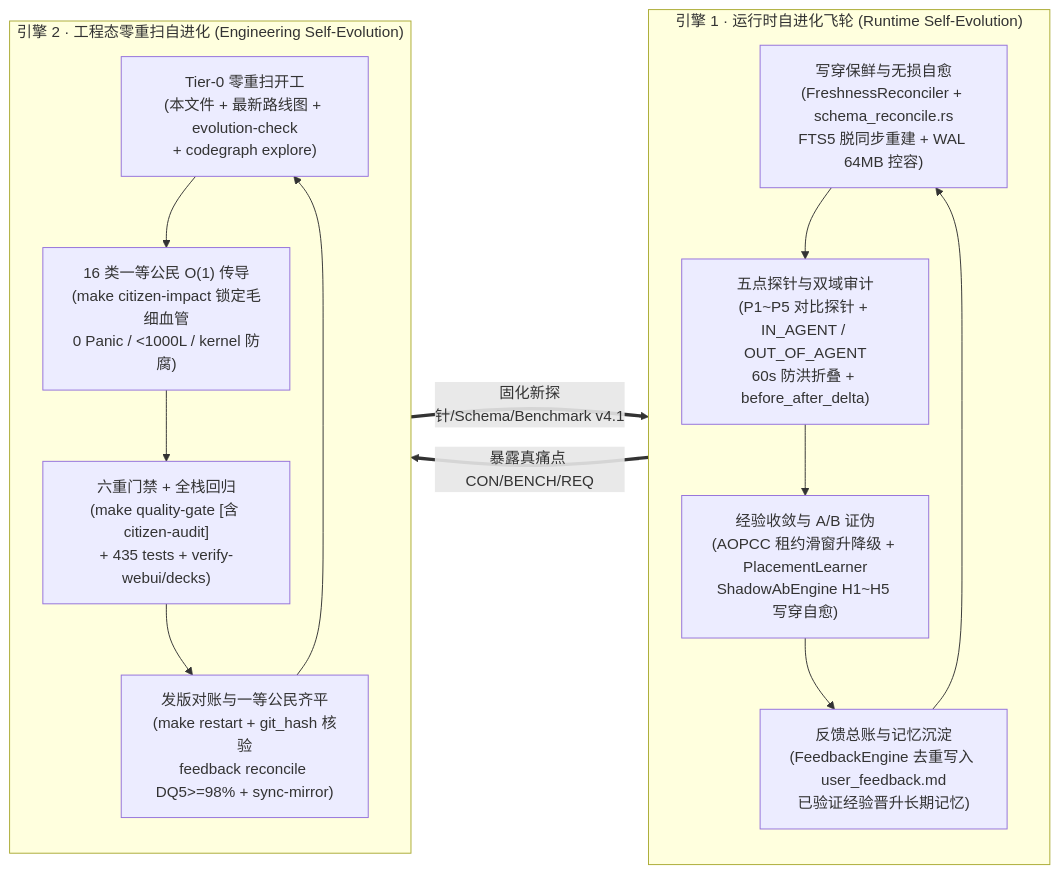
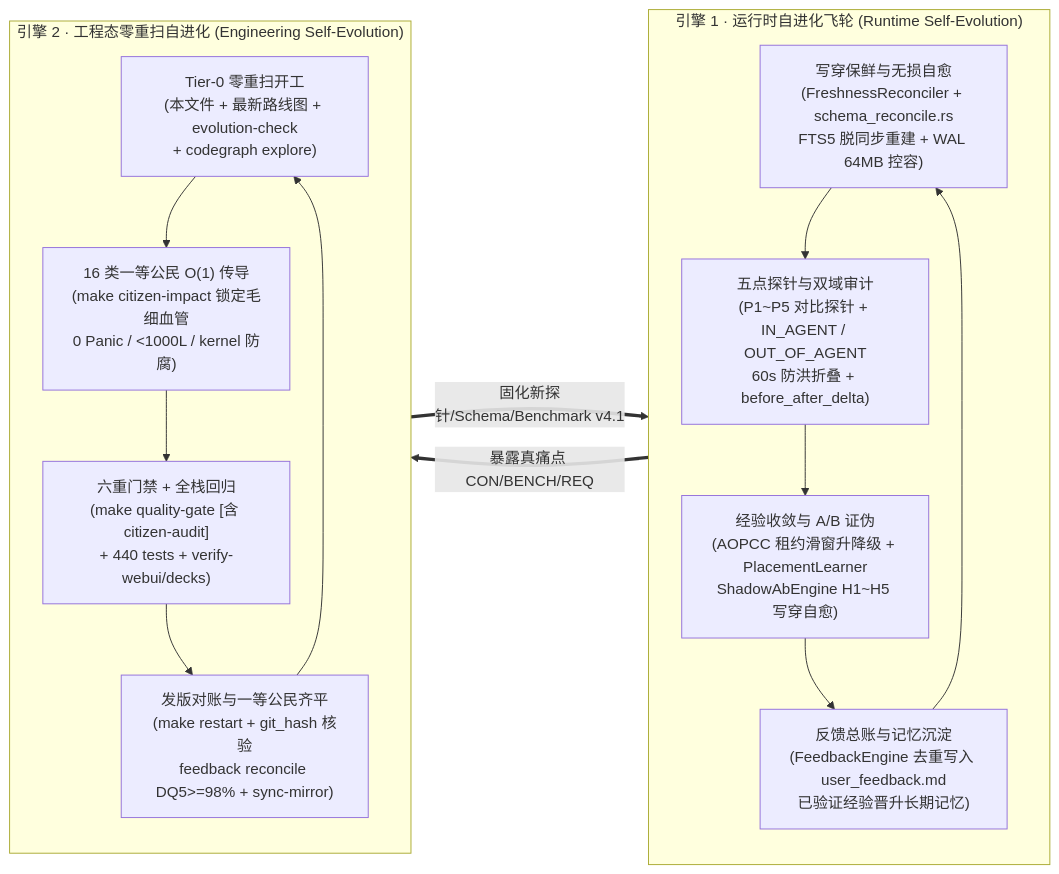
Before and after one commit to digoal/agent-body: the diagram in EVOLUTION_GUIDE.md, drawn with Mermaid. The commit also changed other lines of this file and 69 other files, not shown here.

````diff
--- a/EVOLUTION_GUIDE.md
+++ b/EVOLUTION_GUIDE.md
@@ -13,23 +13,23 @@
 ```mermaid
 flowchart LR
     subgraph RUNTIME["引擎 1 · 运行时自进化飞轮 (Runtime Self-Evolution)"]
         direction TB
         R1["写穿保鲜与无损自愈<br/>(FreshnessReconciler + schema_reconcile.rs<br/>FTS5 脱同步重建 + WAL 64MB 控容)"]
         R2["五点探针与双域审计<br/>(P1~P5 对比探针 + IN_AGENT / OUT_OF_AGENT<br/>60s 防洪折叠 + before_after_delta)"]
         R3["经验收敛与 A/B 证伪<br/>(AOPCC 租约滑窗升降级 + PlacementLearner<br/>ShadowAbEngine H1~H5 写穿自愈)"]
         R4["反馈总账与记忆沉淀<br/>(FeedbackEngine 去重写入 user_feedback.md<br/>已验证经验晋升长期记忆)"]
         R1 --> R2 --> R3 --> R4 --> R1
     end
 
     subgraph ENG["引擎 2 · 工程态零重扫自进化 (Engineering Self-Evolution)"]
         direction TB
         E1["Tier-0 零重扫开工<br/>(本文件 + 最新路线图 + evolution-check<br/>+ codegraph explore)"]
         E2["16 类一等公民 O(1) 传导<br/>(make citizen-impact 锁定毛细血管<br/>0 Panic / <1000L / kernel 防腐)"]
-        E3["六重门禁 + 全栈回归<br/>(make quality-gate [含 citizen-audit]<br/>+ 435 tests + verify-webui/decks)"]
+        E3["六重门禁 + 全栈回归<br/>(make quality-gate [含 citizen-audit]<br/>+ 440 tests + verify-webui/decks)"]
         E4["发版对账与一等公民齐平<br/>(make restart + git_hash 核验<br/>feedback reconcile DQ5>=98% + sync-mirror)"]
         E1 --> E2 --> E3 --> E4 --> E1
     end
 
     R4 ==>|"暴露真痛点 CON/BENCH/REQ"| E1
     E4 ==>|"固化新探针/Schema/Benchmark v4.1"| R1
 ```
````
